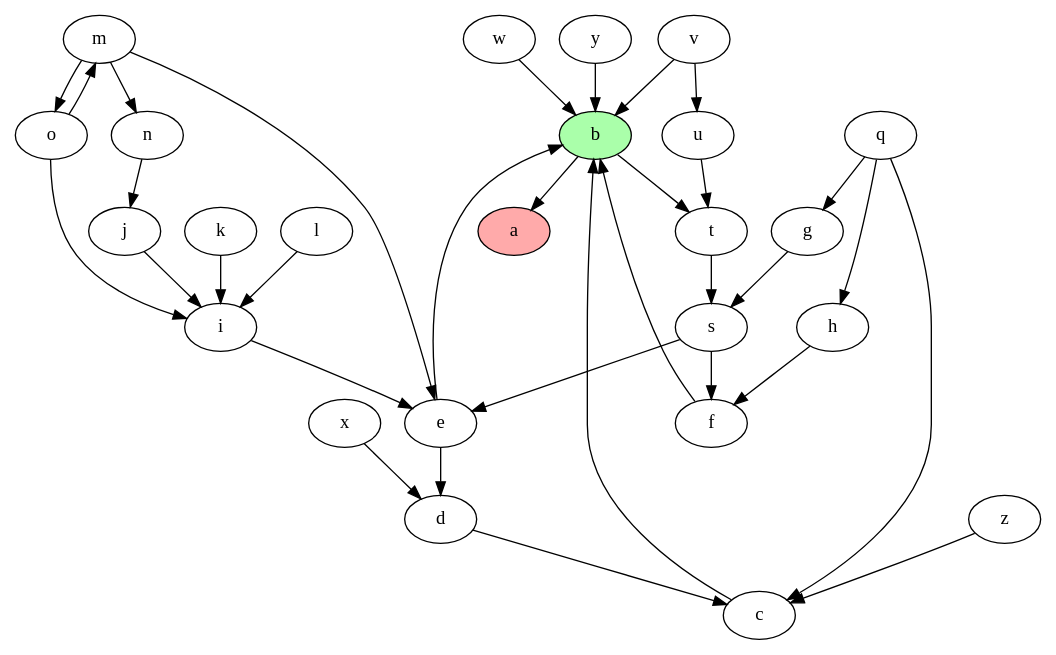
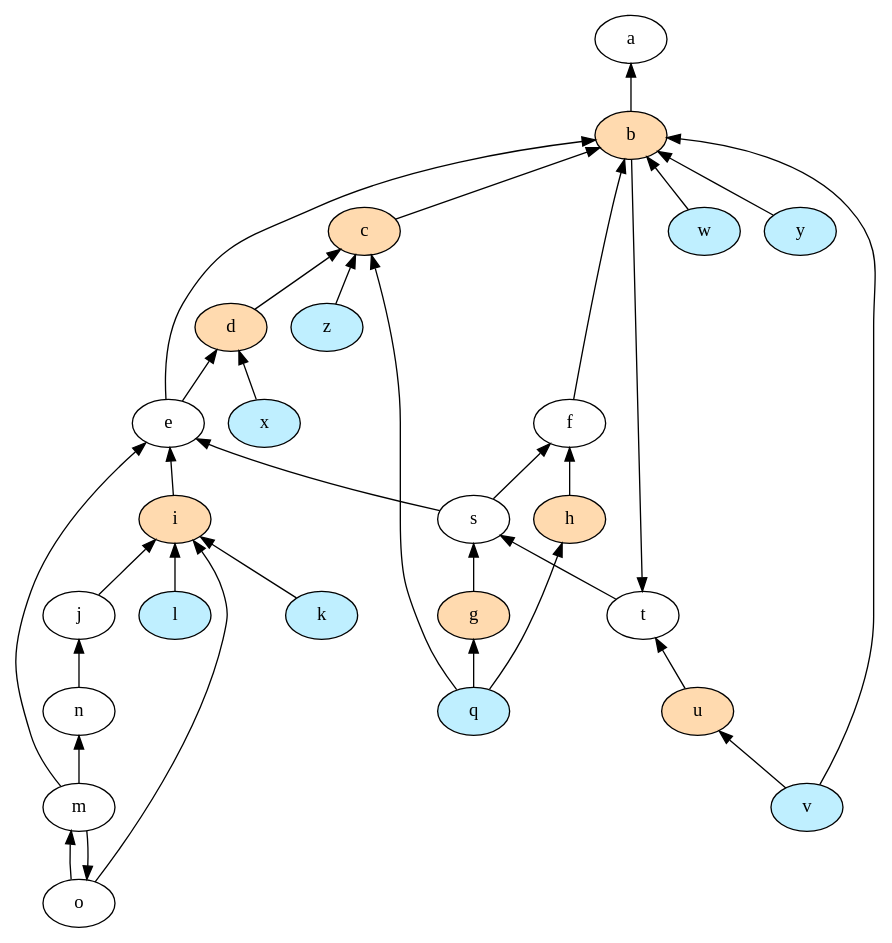
Before and after one commit to idaks/Games-and-Argumentation: the diagram in XLoKR-2023/2-Statelog_version/output/state_1.1_graph.dot, drawn with Graphviz. The commit also changed 25 other files, not shown here.

Commit message:
fix the input graph

```diff
--- a/XLoKR-2023/2-Statelog_version/output/state_1.1_graph.dot
+++ b/XLoKR-2023/2-Statelog_version/output/state_1.1_graph.dot
@@ -1,38 +1,64 @@
 strict digraph "" {
-	b	[fillcolor="#AAFFAA",
+	b	[fillcolor="#ffdaaf",
 		style=filled];
-	a	[fillcolor="#FFAAAA",
+	a -> b	[dir=back];
+	c	[fillcolor="#ffdaaf",
 		style=filled];
-	b -> a	[dir=forward];
-	b -> t	[dir=forward];
-	t -> s	[dir=forward];
-	c -> b	[dir=forward];
-	d -> c	[dir=forward];
-	e -> b	[dir=forward];
-	e -> d	[dir=forward];
-	f -> b	[dir=forward];
-	g -> s	[dir=forward];
-	s -> e	[dir=forward];
-	s -> f	[dir=forward];
-	h -> f	[dir=forward];
-	i -> e	[dir=forward];
-	j -> i	[dir=forward];
-	k -> i	[dir=forward];
-	l -> i	[dir=forward];
-	m -> e	[dir=forward];
-	m -> o	[dir=forward];
-	m -> n	[dir=forward];
-	o -> i	[dir=forward];
-	o -> m	[dir=forward];
-	n -> j	[dir=forward];
-	q -> c	[dir=forward];
-	q -> g	[dir=forward];
-	q -> h	[dir=forward];
-	u -> t	[dir=forward];
-	v -> b	[dir=forward];
-	v -> u	[dir=forward];
-	w -> b	[dir=forward];
-	x -> d	[dir=forward];
-	y -> b	[dir=forward];
-	z -> c	[dir=forward];
+	b -> c	[dir=back];
+	b -> e	[dir=back];
+	b -> f	[dir=back];
+	v	[fillcolor="#bfefff",
+		style=filled];
+	b -> v	[dir=back];
+	w	[fillcolor="#bfefff",
+		style=filled];
+	b -> w	[dir=back];
+	y	[fillcolor="#bfefff",
+		style=filled];
+	b -> y	[dir=back];
+	t -> b	[dir=back];
+	u	[fillcolor="#ffdaaf",
+		style=filled];
+	t -> u	[dir=back];
+	d	[fillcolor="#ffdaaf",
+		style=filled];
+	c -> d	[dir=back];
+	q	[fillcolor="#bfefff",
+		style=filled];
+	c -> q	[dir=back];
+	z	[fillcolor="#bfefff",
+		style=filled];
+	c -> z	[dir=back];
+	d -> e	[dir=back];
+	x	[fillcolor="#bfefff",
+		style=filled];
+	d -> x	[dir=back];
+	e -> s	[dir=back];
+	i	[fillcolor="#ffdaaf",
+		style=filled];
+	e -> i	[dir=back];
+	e -> m	[dir=back];
+	f -> s	[dir=back];
+	h	[fillcolor="#ffdaaf",
+		style=filled];
+	f -> h	[dir=back];
+	s -> t	[dir=back];
+	g	[fillcolor="#ffdaaf",
+		style=filled];
+	s -> g	[dir=back];
+	g -> q	[dir=back];
+	h -> q	[dir=back];
+	i -> j	[dir=back];
+	k	[fillcolor="#bfefff",
+		style=filled];
+	i -> k	[dir=back];
+	l	[fillcolor="#bfefff",
+		style=filled];
+	i -> l	[dir=back];
+	i -> o	[dir=back];
+	j -> n	[dir=back];
+	m -> o	[dir=back];
+	o -> m	[dir=back];
+	n -> m	[dir=back];
+	u -> v	[dir=back];
 }
```
